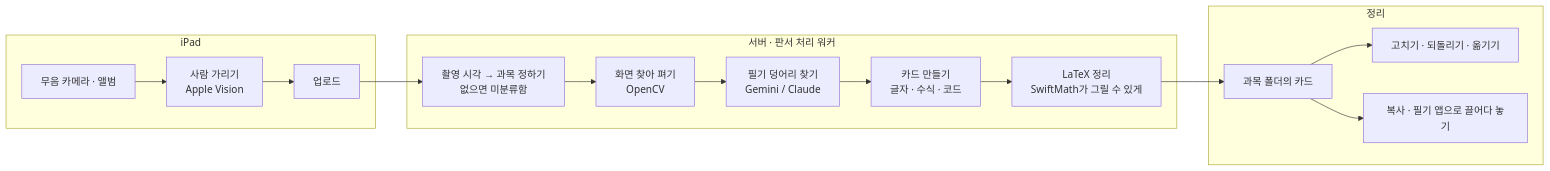
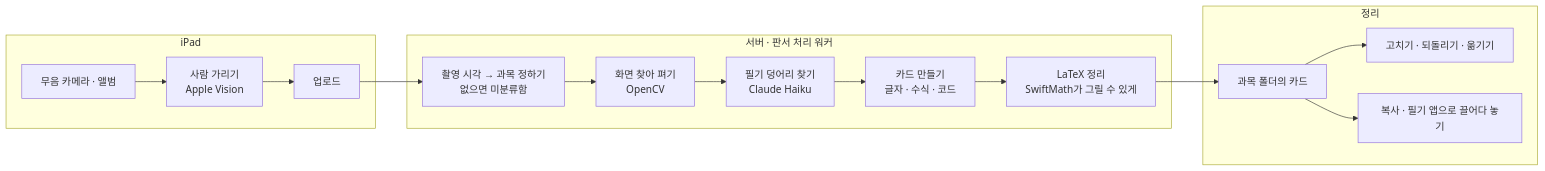
One commit to Kimtaekhyun/knu-cse-hackerton-26 changed the first of 2 diagrams in README.md. Above: the diagram before and after it, drawn with Mermaid. The commit also changed other lines of this file and 6 other files, not shown here.

````diff
--- a/README.md
+++ b/README.md
@@ -44,21 +44,21 @@
 ```mermaid
 flowchart LR
   subgraph ipad[iPad]
     CAM[무음 카메라 · 앨범] --> MASK[사람 가리기<br/>Apple Vision]
     MASK --> UP[업로드]
   end
 
   subgraph server[서버 · 판서 처리 워커]
     UP --> DEST[촬영 시각 → 과목 정하기<br/>없으면 미분류함]
     DEST --> RECT[화면 찾아 펴기<br/>OpenCV]
-    RECT --> SEG[필기 덩어리 찾기<br/>Gemini / Claude]
+    RECT --> SEG[필기 덩어리 찾기<br/>Claude Haiku]
     SEG --> INT[카드 만들기<br/>글자 · 수식 · 코드]
     INT --> LTX[LaTeX 정리<br/>SwiftMath가 그릴 수 있게]
   end
 
   subgraph use[정리]
     LTX --> CARD[과목 폴더의 카드]
     CARD --> EDIT[고치기 · 되돌리기 · 옮기기]
     CARD --> PASTE[복사 · 필기 앱으로 끌어다 놓기]
   end
 ```
````
